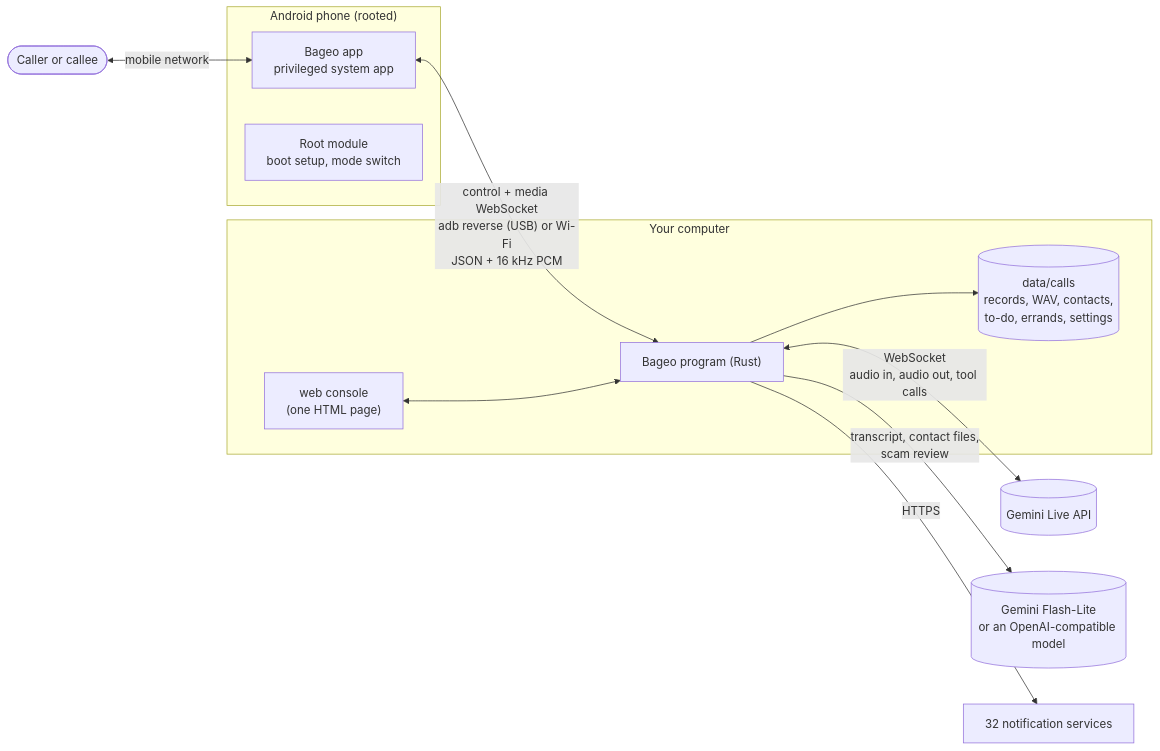
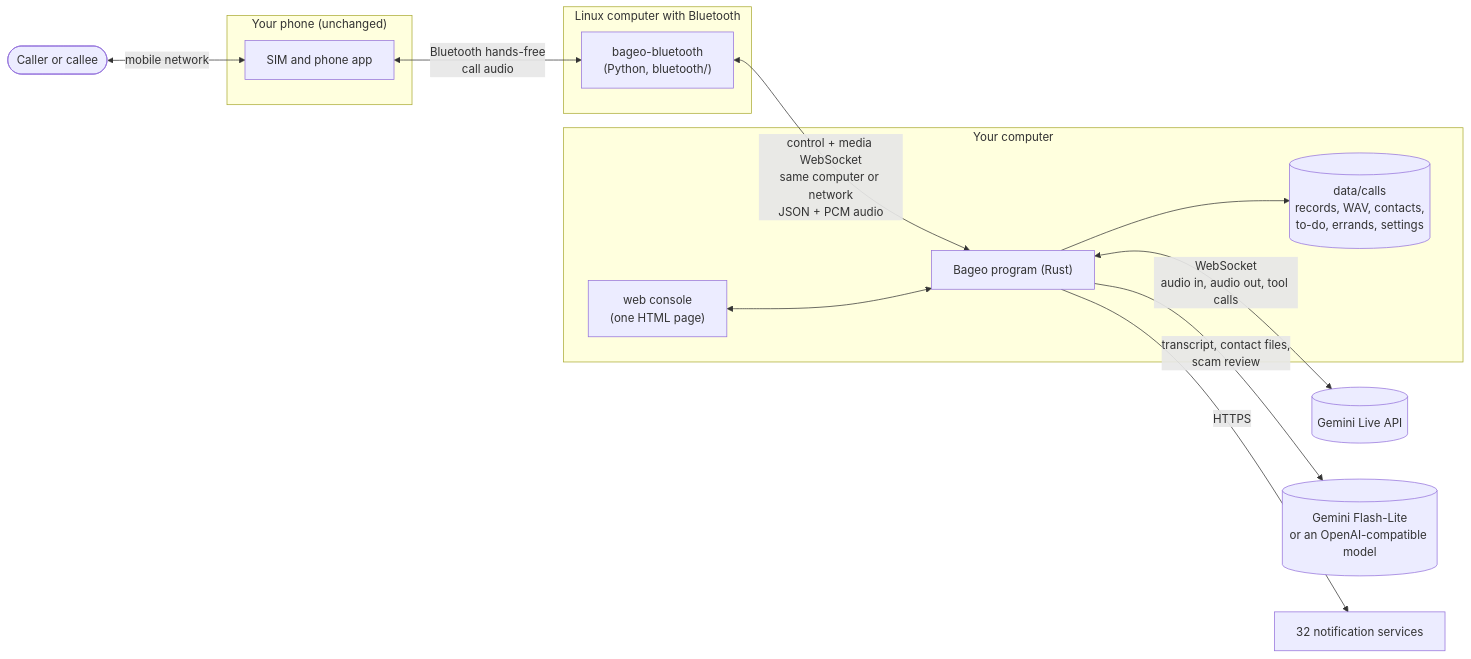
Before and after one commit to h4lo-void/bageo-call-bluetooth: the first of 2 diagrams in docs/en/ARCHITECTURE.md, drawn with Mermaid. The commit also changed other lines of this file and 94 other files, not shown here.

````diff
--- a/docs/en/ARCHITECTURE.md
+++ b/docs/en/ARCHITECTURE.md
@@ -22,19 +25,22 @@
 ```mermaid
 flowchart LR
-    subgraph phone["Android phone (rooted)"]
-        app["Bageo app<br/>privileged system app"]
-        module["Root module<br/>boot setup, mode switch"]
+    subgraph phone["Your phone (unchanged)"]
+        sim["SIM and phone app"]
+    end
+    subgraph bt["Linux computer with Bluetooth"]
+        bridge["bageo-bluetooth<br/>(Python, bluetooth/)"]
     end
     subgraph pc["Your computer"]
         agent["Bageo program (Rust)"]
         data[("data/calls<br/>records, WAV, contacts,<br/>to-do, errands, settings")]
         ui["web console<br/>(one HTML page)"]
     end
-    other(["Caller or callee"]) <-- "mobile network" --> app
-    app <-- "control + media WebSocket<br/>adb reverse (USB) or Wi-Fi<br/>JSON + 16 kHz PCM" --> agent
+    other(["Caller or callee"]) <-- "mobile network" --> sim
+    sim <-- "Bluetooth hands-free<br/>call audio" --> bridge
+    bridge <-- "control + media WebSocket<br/>same computer or network<br/>JSON + PCM audio" --> agent
     agent <-- "WebSocket<br/>audio in, audio out, tool calls" --> gemini[("Gemini Live API")]
     agent -- "transcript, contact files,<br/>scam review" --> llm[("Gemini Flash-Lite<br/>or an OpenAI-compatible model")]
     agent --> data
     ui <--> agent
     agent -- "HTTPS" --> notify["32 notification services"]
 ```
````
